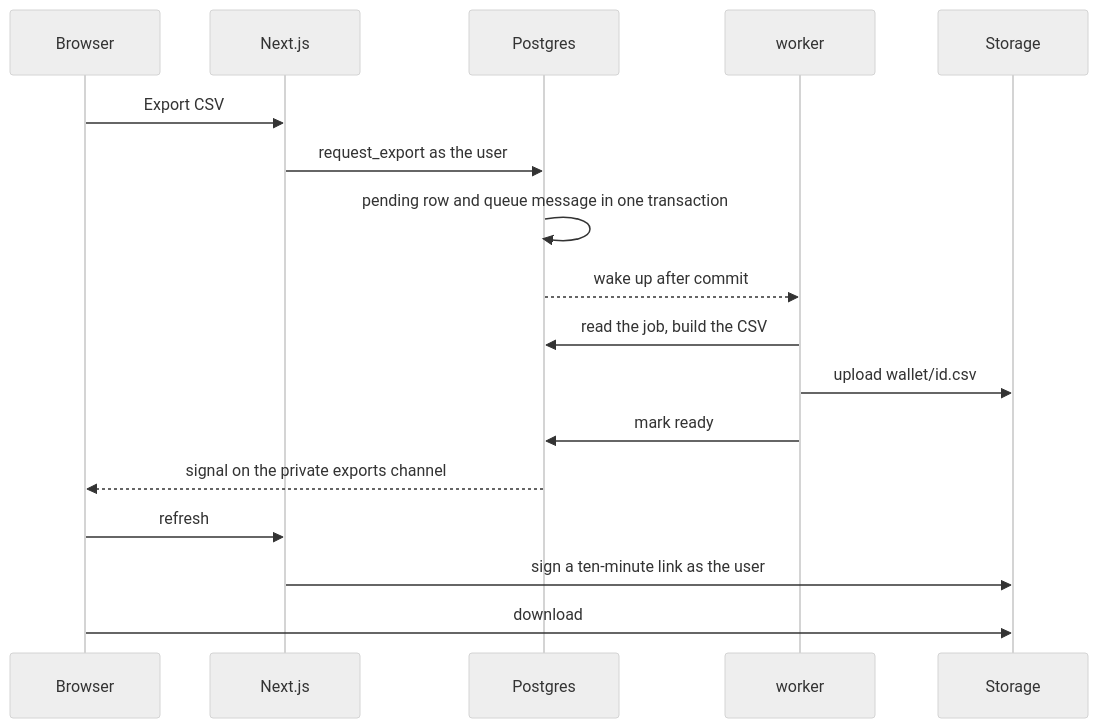
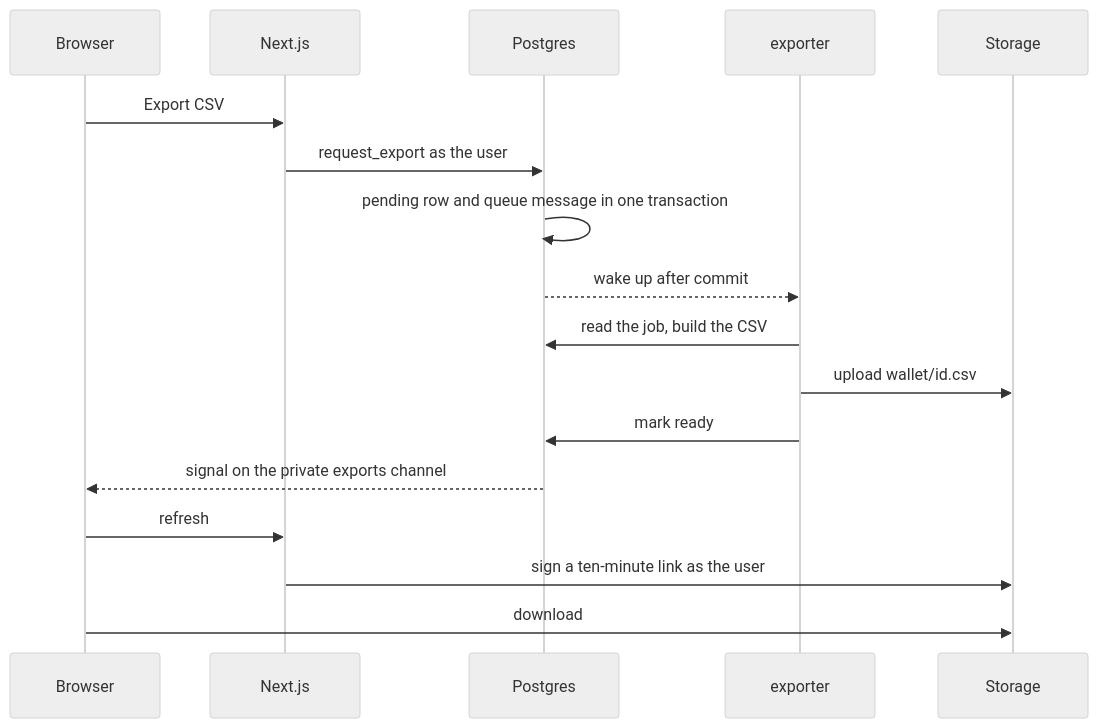
Before and after one commit to denleonchev/indie: the diagram in docs/adr/06-export-jobs.md, drawn with Mermaid (neutral theme). The commit also changed other lines of this file and 9 other files, not shown here.

Commit message:
refactor(export): rename the worker function to exporter (#44)

````diff
--- a/docs/adr/06-export-jobs.md
+++ b/docs/adr/06-export-jobs.md
@@ -30,19 +30,19 @@
 ```mermaid
 sequenceDiagram
   participant B as Browser
   participant W as Next.js
   participant D as Postgres
-  participant K as worker
+  participant K as exporter
   participant S as Storage
   B->>W: Export CSV
   W->>D: request_export as the user
   D->>D: pending row and queue message in one transaction
   D-->>K: wake up after commit
   K->>D: read the job, build the CSV
   K->>S: upload wallet/id.csv
   K->>D: mark ready
   D-->>B: signal on the private exports channel
   B->>W: refresh
   W->>S: sign a ten-minute link as the user
   B->>S: download
 ```
````
